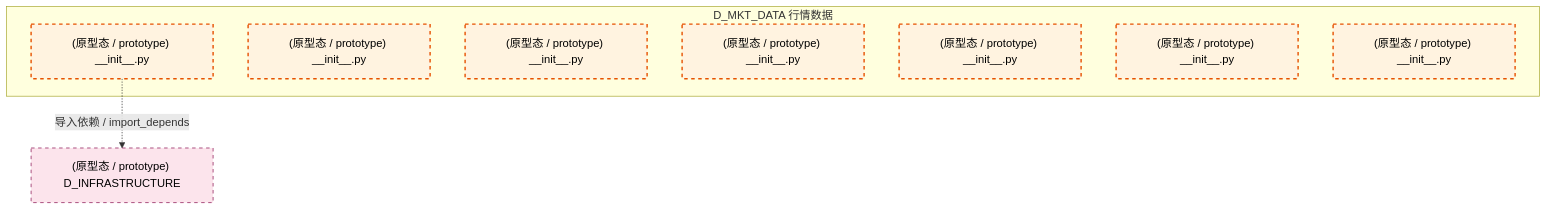
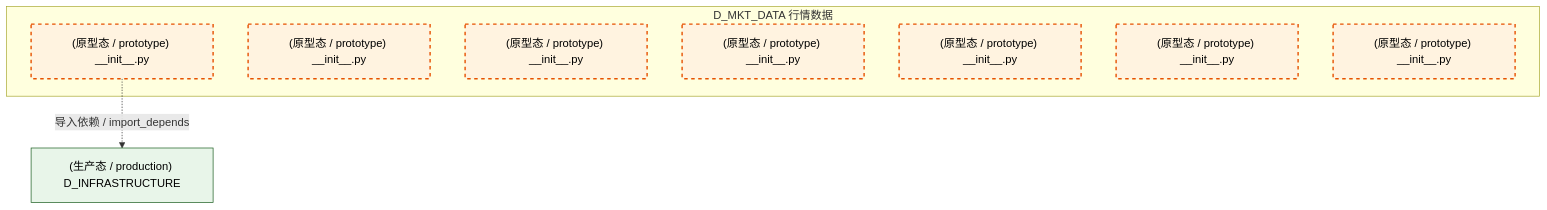
One commit to xuanFelixVan/ZephyrAlpha changed the third of 4 diagrams in docs/02_enterprise_architecture/02_domain_architecture_docs/20_d_mkt_data.md. Above: the diagram before and after it, drawn with Mermaid. The commit also changed other lines of this file and 85 other files, not shown here.

````diff
--- a/docs/02_enterprise_architecture/02_domain_architecture_docs/20_d_mkt_data.md
+++ b/docs/02_enterprise_architecture/02_domain_architecture_docs/20_d_mkt_data.md
@@ -122,20 +128,20 @@
 ```mermaid
 graph TD
     subgraph D_MKT_DATA["D_MKT_DATA 行情数据"]
         src_zephyr_market_data_init_py["(原型态 / prototype) __init__.py"]
         src_zephyr_market_data_extensions_init_py["(原型态 / prototype) __init__.py"]
         src_zephyr_market_data_api_init_py["(原型态 / prototype) __init__.py"]
         src_zephyr_market_data_core_init_py["(原型态 / prototype) __init__.py"]
         src_zephyr_market_data_infrastructure_init_py["(原型态 / prototype) __init__.py"]
         src_zephyr_market_data_models_init_py["(原型态 / prototype) __init__.py"]
         src_zephyr_market_data_services_init_py["(原型态 / prototype) __init__.py"]
     end
-    D_INFRASTRUCTURE["(原型态 / prototype) D_INFRASTRUCTURE"]
+    D_INFRASTRUCTURE["(生产态 / production) D_INFRASTRUCTURE"]
     src_zephyr_market_data_init_py -.->|导入依赖 / import_depends| D_INFRASTRUCTURE
     classDef production fill:#e1f5fe,stroke:#01579b,stroke-width:2px,color:#000
     classDef design fill:#fff3e0,stroke:#e65100,stroke-width:2px,color:#000,stroke-dasharray: 5 5
     classDef external_prod fill:#e8f5e9,stroke:#1b5e20,stroke-width:1px,color:#000
     classDef external_design fill:#fce4ec,stroke:#880e4f,stroke-width:1px,color:#000,stroke-dasharray: 5 5
     class src_zephyr_market_data_init_py,src_zephyr_market_data_extensions_init_py,src_zephyr_market_data_api_init_py,src_zephyr_market_data_core_init_py,src_zephyr_market_data_infrastructure_init_py,src_zephyr_market_data_models_init_py,src_zephyr_market_data_services_init_py design
-    class D_INFRASTRUCTURE external_design
+    class D_INFRASTRUCTURE external_prod
 ```
````
